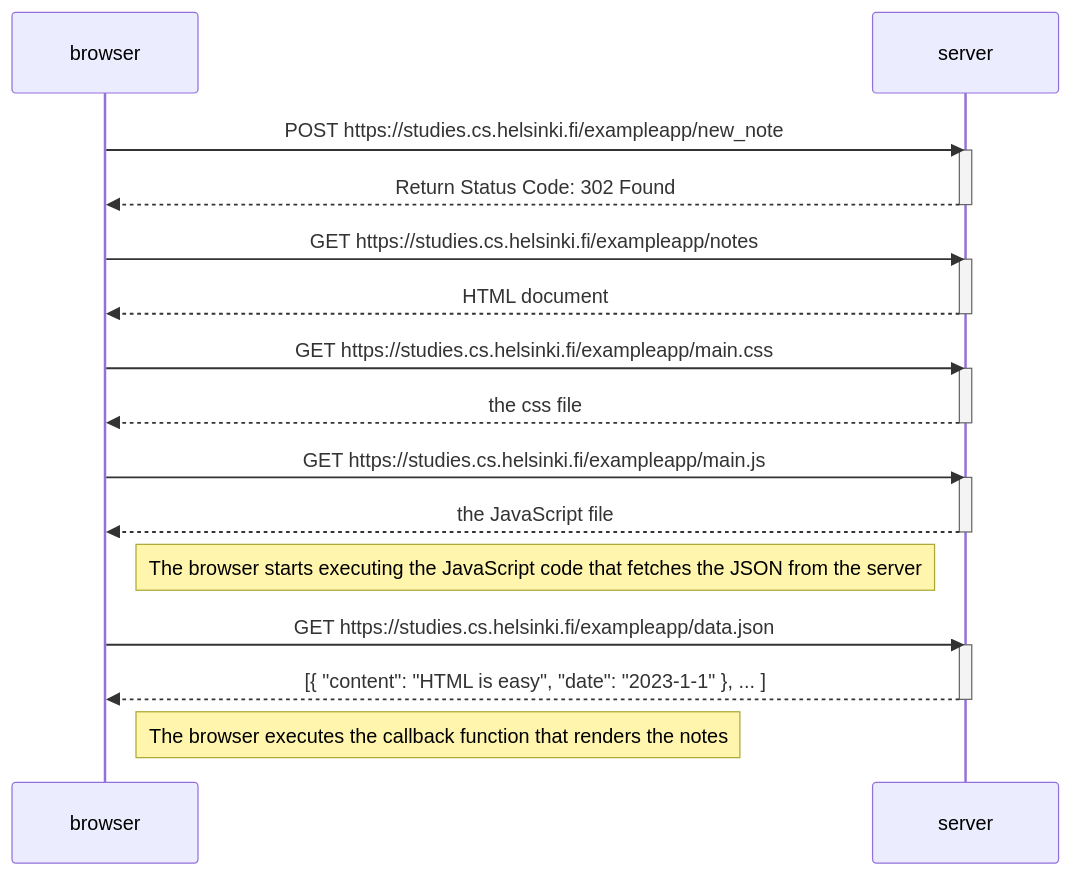
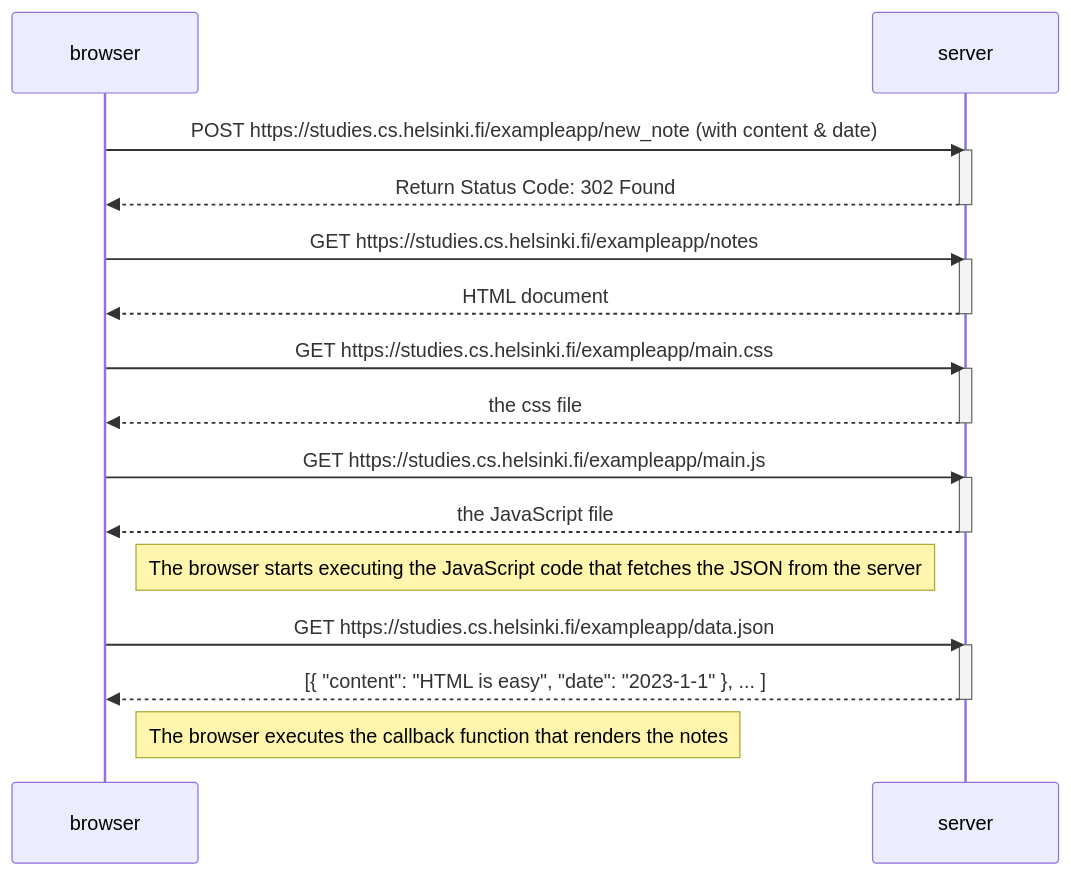
Before and after one commit to mydelkonivea/zawodowe: the diagram in folder/sequenceDiagram.md, drawn with Mermaid.

````diff
--- a/folder/sequenceDiagram.md
+++ b/folder/sequenceDiagram.md
@@ -1,36 +1,36 @@
 ```mermaid
 sequenceDiagram
     participant browser
     participant server
 
-    browser->>server: POST https://studies.cs.helsinki.fi/exampleapp/new_note
+    browser->>server: POST https://studies.cs.helsinki.fi/exampleapp/new_note (with content & date)
     activate server
     server-->>browser: Return Status Code: 302 Found
     deactivate server
 
     browser->>server: GET https://studies.cs.helsinki.fi/exampleapp/notes
     activate server
     server-->>browser: HTML document
     deactivate server
 
     browser->>server: GET https://studies.cs.helsinki.fi/exampleapp/main.css
     activate server
     server-->>browser: the css file
     deactivate server
 
     browser->>server: GET https://studies.cs.helsinki.fi/exampleapp/main.js
     activate server
     server-->>browser: the JavaScript file
     deactivate server
 
     Note right of browser: The browser starts executing the JavaScript code that fetches the JSON from the server
 
     browser->>server: GET https://studies.cs.helsinki.fi/exampleapp/data.json
     activate server
     server-->>browser: [{ "content": "HTML is easy", "date": "2023-1-1" }, ... ]
     deactivate server
 
     Note right of browser: The browser executes the callback function that renders the notes
     
 
 ```
````
